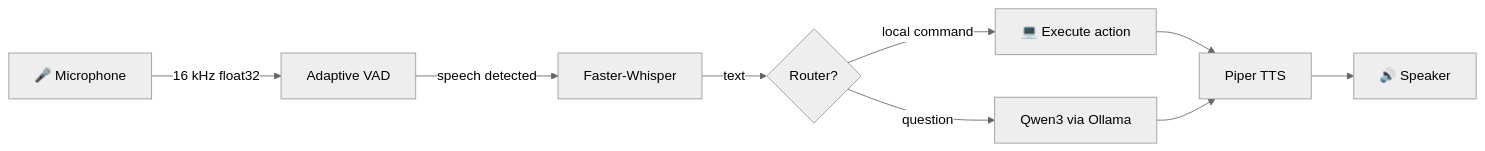
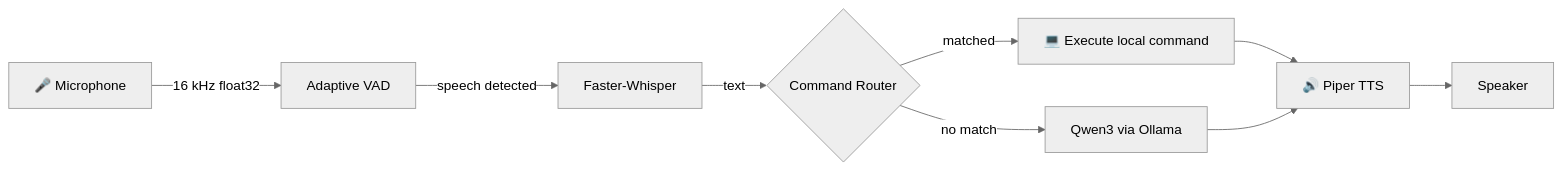
One commit to bezawadamahidhar20-droid/JARVIS changed the diagram in README.md. Above: the diagram before and after it, drawn with Mermaid (neutral theme). The commit also changed other lines of this file and 3 other files, not shown here.

````diff
--- a/README.md
+++ b/README.md
@@ -38,11 +54,11 @@
 ```mermaid
 flowchart LR
-    A[🎤 Microphone] -->|16 kHz float32| B[Adaptive VAD]
-    B -->|speech detected| C[Faster-Whisper]
-    C -->|text| D{Router?}
-    D -->|local command| F[💻 Execute action]
-    D -->|question| E[Qwen3 via Ollama]
-    F --> G[Piper TTS]
-    E --> G[Piper TTS]
-    G --> H[🔊 Speaker]
+    A["🎤 Microphone"] -->|"16 kHz float32"| B["Adaptive VAD"]
+    B -->|"speech detected"| C["Faster-Whisper"]
+    C -->|"text"| D{"Command Router"}
+    D -->|"matched"| F["💻 Execute local command"]
+    D -->|"no match"| E["Qwen3 via Ollama"]
+    F --> G["🔊 Piper TTS"]
+    E --> G
+    G --> H["Speaker"]
 ```
````
